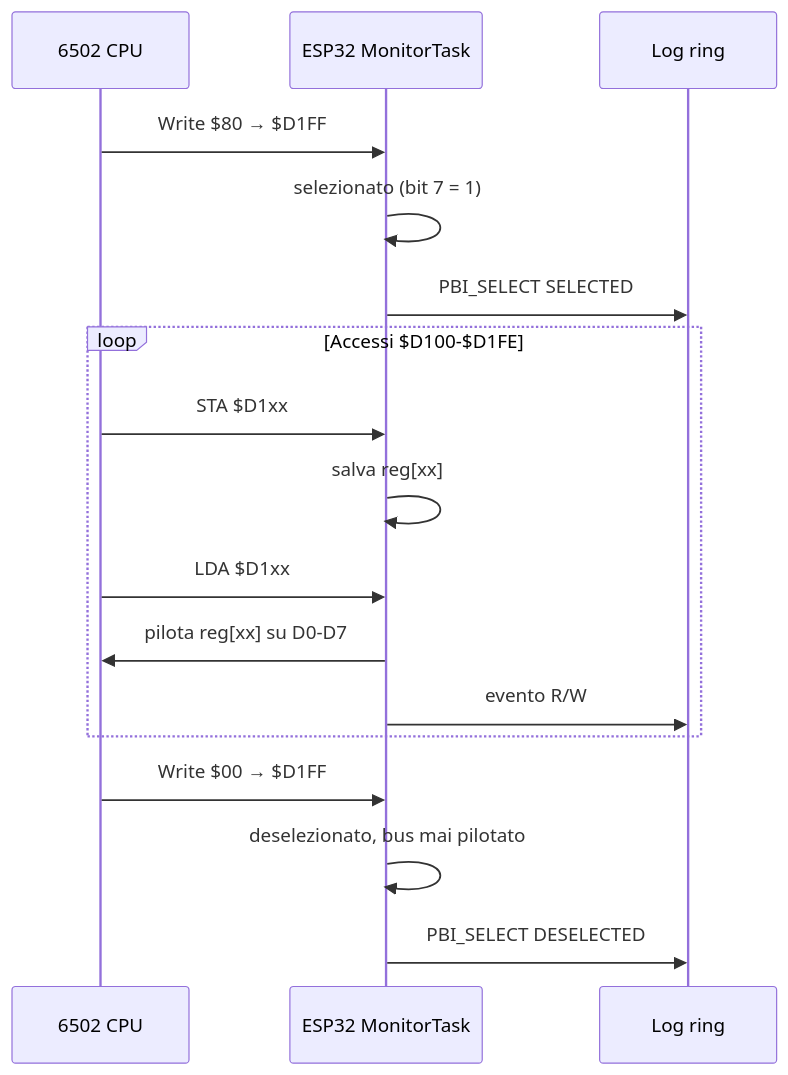
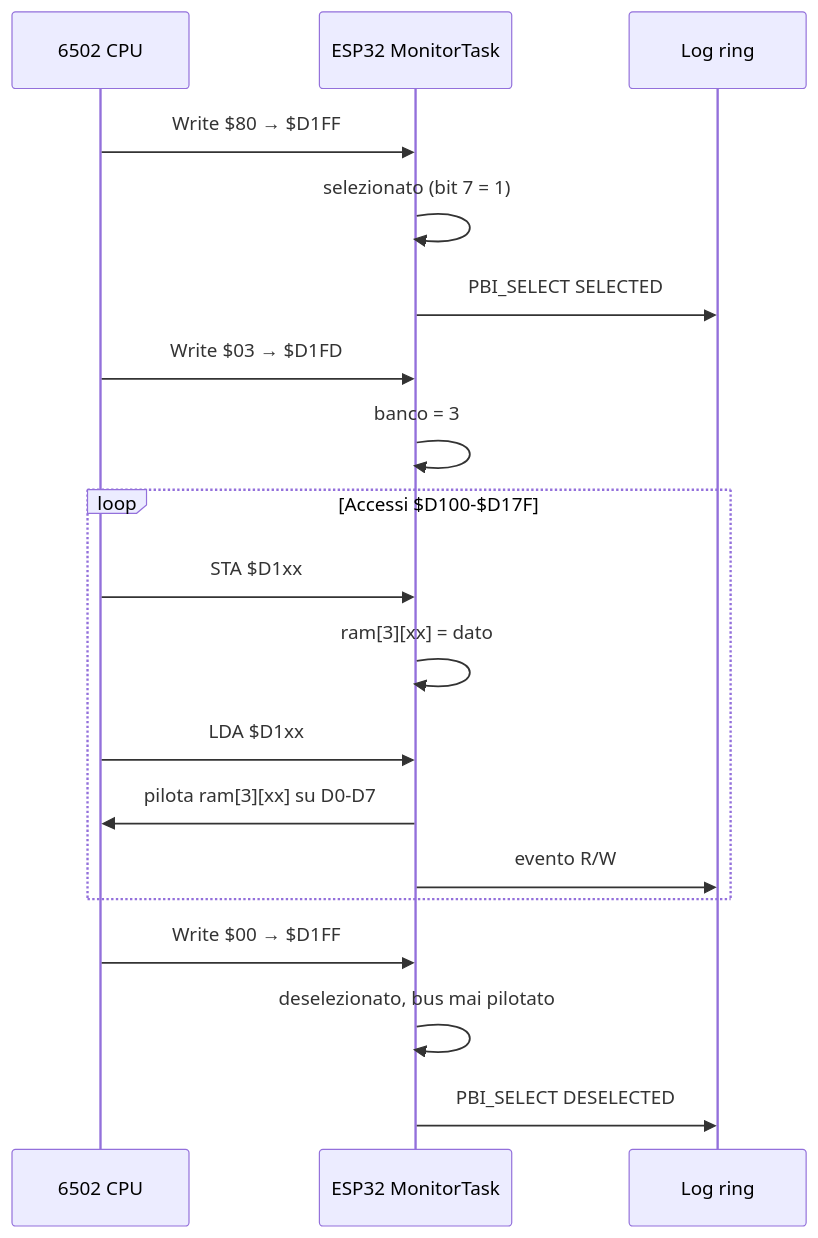
One commit to gianlucarenzi/ESP32-BOBOARD-5V changed the third of 4 diagrams in README.md. Above: the diagram before and after it, drawn with Mermaid. The commit also changed other lines of this file and 9 other files, not shown here.

````diff
--- a/README.md
+++ b/README.md
@@ -339,22 +345,24 @@
 ```mermaid
 sequenceDiagram
     participant CPU as 6502 CPU
     participant ESP as ESP32 MonitorTask
     participant L  as Log ring
 
     CPU->>ESP: Write $80 → $D1FF
     ESP->>ESP: selezionato (bit 7 = 1)
     ESP->>L: PBI_SELECT SELECTED
 
-    loop Accessi $D100-$D1FE
+    CPU->>ESP: Write $03 → $D1FD
+    ESP->>ESP: banco = 3
+    loop Accessi $D100-$D17F
         CPU->>ESP: STA $D1xx
-        ESP->>ESP: salva reg[xx]
+        ESP->>ESP: ram[3][xx] = dato
         CPU->>ESP: LDA $D1xx
-        ESP->>CPU: pilota reg[xx] su D0-D7
+        ESP->>CPU: pilota ram[3][xx] su D0-D7
         ESP->>L: evento R/W
     end
 
     CPU->>ESP: Write $00 → $D1FF
     ESP->>ESP: deselezionato, bus mai pilotato
     ESP->>L: PBI_SELECT DESELECTED
 ```
````
